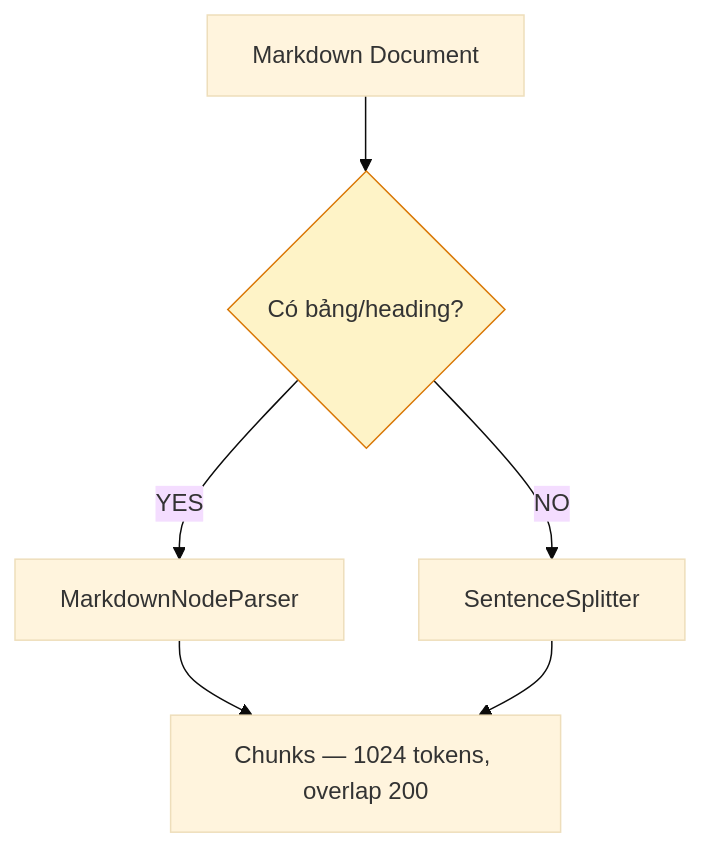
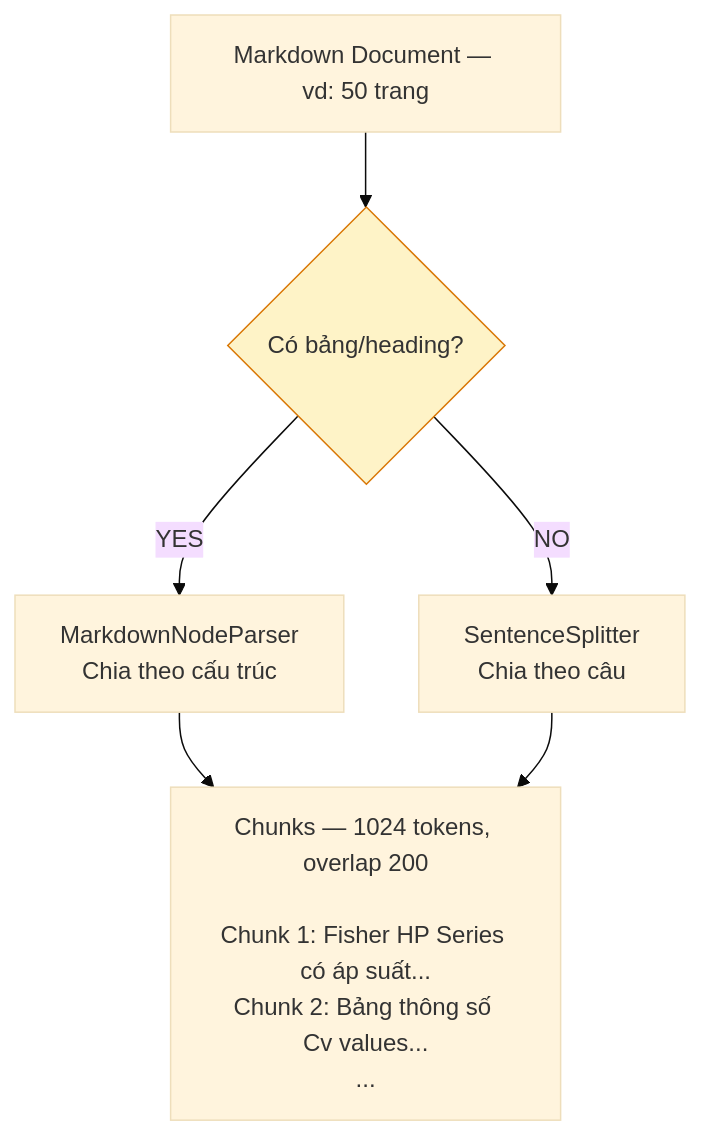
One commit to truongvinhkhuong/tdh-tte changed the fourth of 15 diagrams in docs/ai-engine/rag-architecture.md. Above: the diagram before and after it, drawn with Mermaid (base theme). The commit also changed other lines of this file and 1 other file, not shown here.

````diff
--- a/docs/ai-engine/rag-architecture.md
+++ b/docs/ai-engine/rag-architecture.md
@@ -109,16 +118,16 @@
 ```mermaid
 graph TD
-    Doc["Markdown Document"]
+    Doc["Markdown Document — vd: 50 trang"]
     Check{"Có bảng/heading?"}
-    MDP["MarkdownNodeParser"]
-    SS["SentenceSplitter"]
-    Chunks["Chunks — 1024 tokens, overlap 200"]
+    MDP["MarkdownNodeParser\nChia theo cấu trúc"]
+    SS["SentenceSplitter\nChia theo câu"]
+    Chunks["Chunks — 1024 tokens, overlap 200\n\nChunk 1: Fisher HP Series có áp suất...\nChunk 2: Bảng thông số Cv values...\n..."]
 
     Doc --> Check
     Check -->|YES| MDP
     Check -->|NO| SS
     MDP --> Chunks
     SS --> Chunks
 
     style Check fill:#fef3c7,stroke:#d97706
 ```
````
